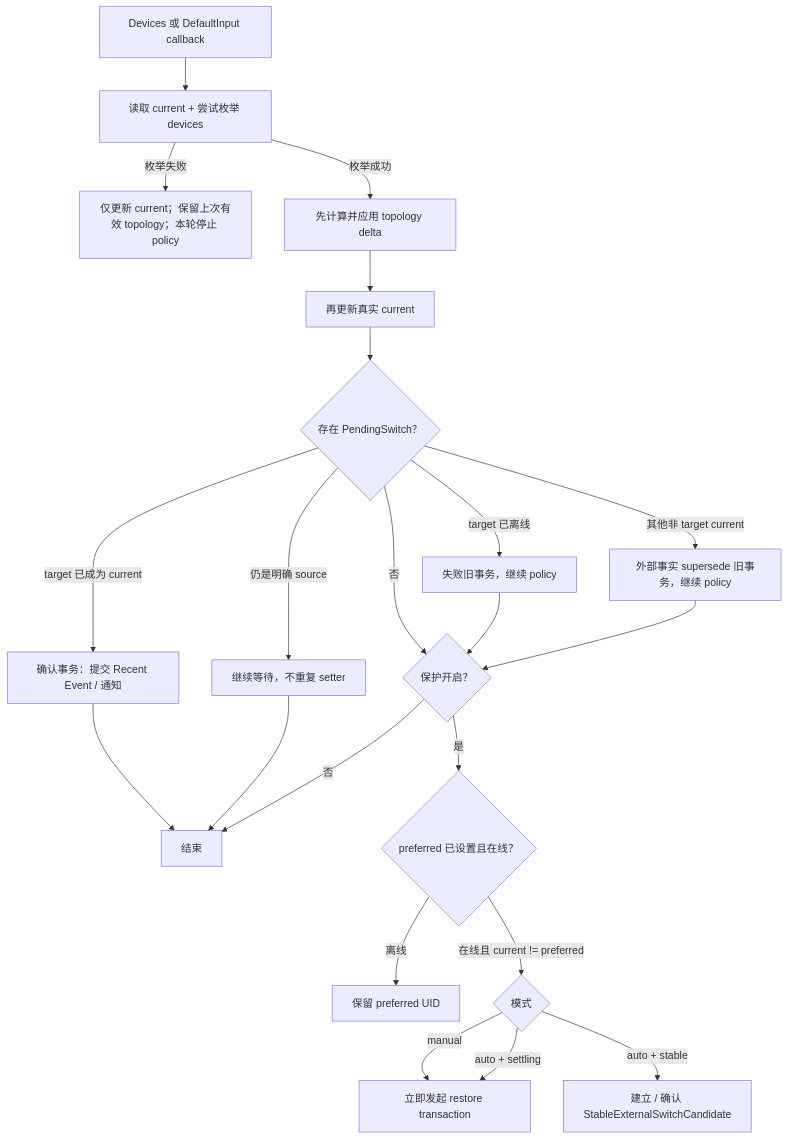
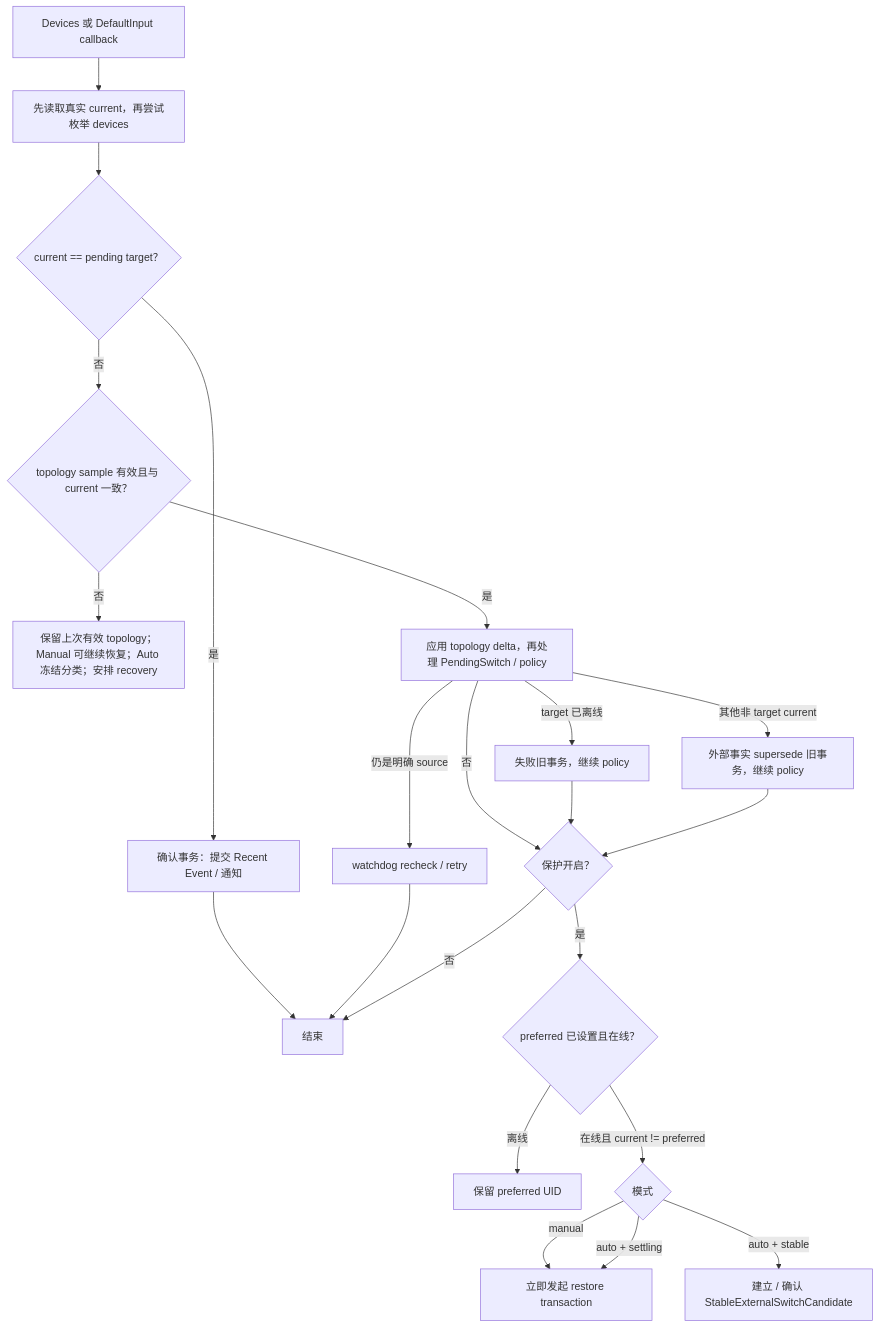
The second of 3 diagrams in docs/auto-mode.md (Forgo7ten/MicLock), drawn with Mermaid before and after one commit. The commit also changed other lines of this file and 2 other files, not shown here.

Commit message:
docs(auto): clarify heuristic reconciliation semantics

````diff
--- a/docs/auto-mode.md
+++ b/docs/auto-mode.md
@@ -61,24 +61,24 @@
 ```mermaid
 flowchart TD
-    A["Devices 或 DefaultInput callback"] --> B["读取 current + 尝试枚举 devices"]
-    B -->|枚举失败| B1["仅更新 current；保留上次有效 topology；本轮停止 policy"]
-    B -->|枚举成功| C["先计算并应用 topology delta"]
-    C --> D["再更新真实 current"]
-    D --> E{"存在 PendingSwitch？"}
-    E -->|target 已成为 current| E1["确认事务：提交 Recent Event / 通知"]
+    A["Devices 或 DefaultInput callback"] --> B["先读取真实 current，再尝试枚举 devices"]
+    B --> C{"current == pending target？"}
+    C -->|是| E1["确认事务：提交 Recent Event / 通知"]
+    C -->|否| D{"topology sample 有效且与 current 一致？"}
+    D -->|否| D1["保留上次有效 topology；Manual 可继续恢复；Auto 冻结分类；安排 recovery"]
+    D -->|是| E["应用 topology delta，再处理 PendingSwitch / policy"]
     E -->|target 已离线| E2["失败旧事务，继续 policy"]
-    E -->|仍是明确 source| E4["继续等待，不重复 setter"]
+    E -->|仍是明确 source| E4["watchdog recheck / retry"]
     E -->|其他非 target current| E3["外部事实 supersede 旧事务，继续 policy"]
     E -->|否| F{"保护开启？"}
     E2 --> F
     E3 --> F
     E1 --> Z[结束]
     E4 --> Z
     F -->|否| Z
     F -->|是| G{"preferred 已设置且在线？"}
     G -->|离线| G1[保留 preferred UID]
     G -->|在线且 current != preferred| H{"模式"}
     H -->|manual| R[立即发起 restore transaction]
     H -->|auto + settling| R
     H -->|auto + stable| U[建立 / 确认 StableExternalSwitchCandidate]
 ```
````
